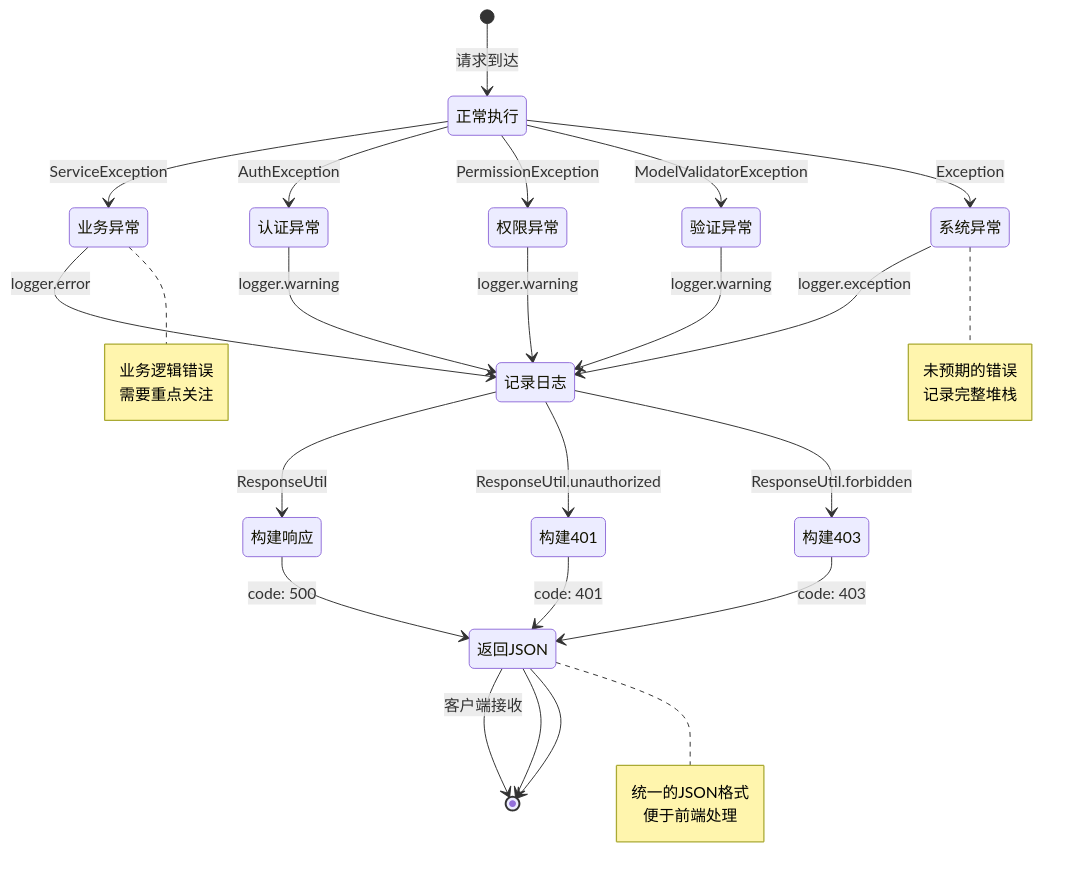
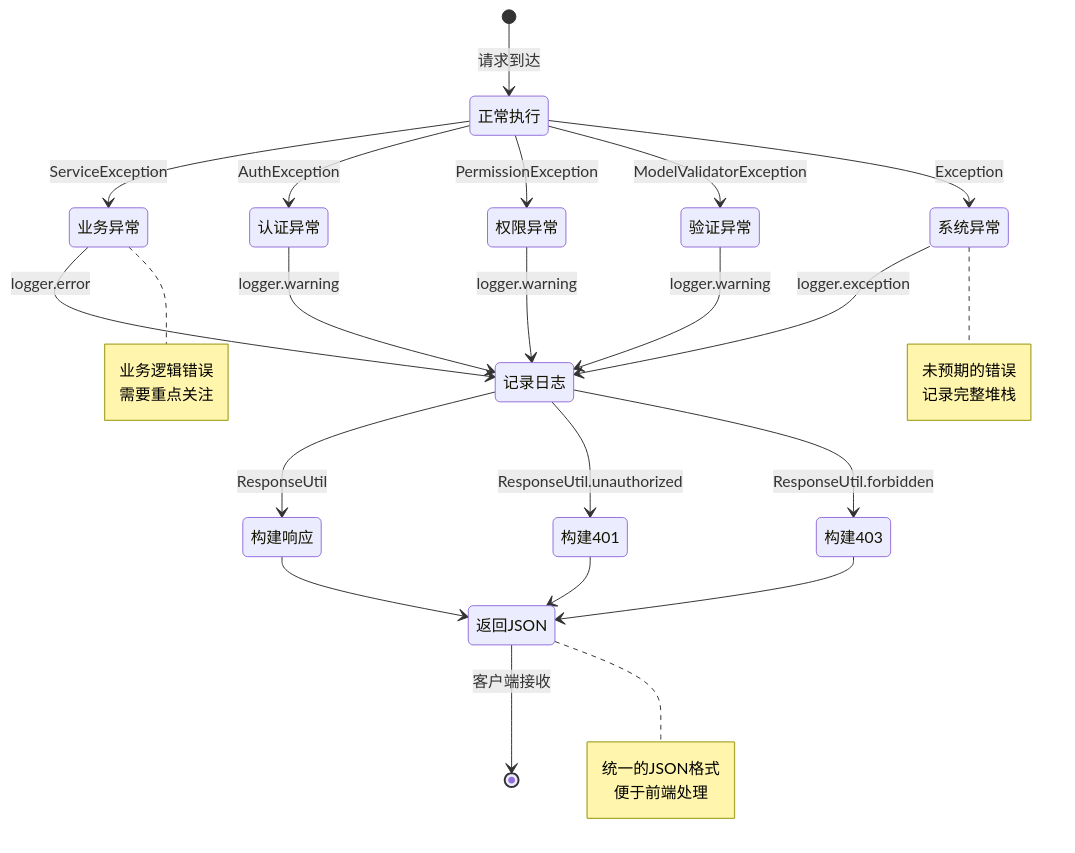
Before and after one commit to hata33/ruoyi-fastapi-full-stack: the sixth of 10 diagrams in ruoyi-fastapi-backend/docs/diagrams/16-exception-handling.md, drawn with Mermaid. The commit also changed 22 other files, not shown here.

First line of the commit message:
docs(diagrams): 简化序列图中的响应格式描述

````diff
--- a/ruoyi-fastapi-backend/docs/diagrams/16-exception-handling.md
+++ b/ruoyi-fastapi-backend/docs/diagrams/16-exception-handling.md
@@ -202,42 +202,40 @@
 ```mermaid
 stateDiagram-v2
     [*] --> 正常执行: 请求到达
     正常执行 --> 业务异常: ServiceException
     正常执行 --> 认证异常: AuthException
     正常执行 --> 权限异常: PermissionException
     正常执行 --> 验证异常: ModelValidatorException
     正常执行 --> 系统异常: Exception
 
     业务异常 --> 记录日志: logger.error
     认证异常 --> 记录日志: logger.warning
     权限异常 --> 记录日志: logger.warning
     验证异常 --> 记录日志: logger.warning
     系统异常 --> 记录日志: logger.exception
 
     记录日志 --> 构建响应: ResponseUtil
     记录日志 --> 构建401: ResponseUtil.unauthorized
     记录日志 --> 构建403: ResponseUtil.forbidden
 
-    构建响应 --> 返回JSON: code: 500
-    构建401 --> 返回JSON: code: 401
-    构建403 --> 返回JSON: code: 403
+    构建响应 --> 返回JSON
+    构建401 --> 返回JSON
+    构建403 --> 返回JSON
 
     返回JSON --> [*]: 客户端接收
-    返回JSON --> [*]
-    返回JSON --> [*]
 
     note right of 业务异常
         业务逻辑错误
         需要重点关注
     end note
 
     note right of 系统异常
         未预期的错误
         记录完整堆栈
     end note
 
     note right of 返回JSON
         统一的JSON格式
         便于前端处理
     end note
 ```
````
